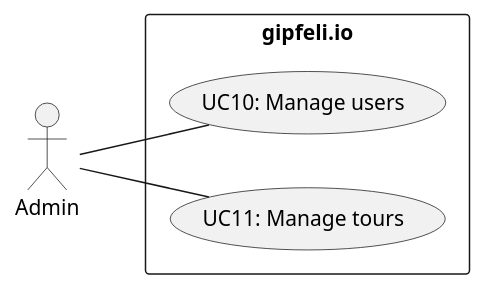
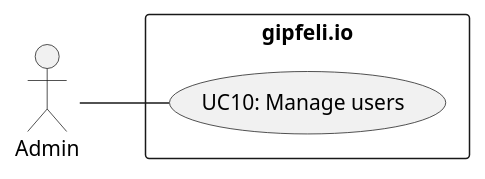
One commit to gipfeli-io/documentation changed the third of 3 diagrams in docs/design/use-cases.md. Above: the diagram before and after it, drawn with PlantUML. The commit also changed other lines of this file, not shown here.

````diff
--- a/docs/design/use-cases.md
+++ b/docs/design/use-cases.md
@@ -177,12 +215,10 @@
 ```plantuml Admin
 @startuml
 left to right direction
 actor "Admin" as a
 rectangle gipfeli.io {
   usecase "UC10: Manage users" as UC10
-  usecase "UC11: Manage tours" as UC11
 }
 a -- UC10
-a -- UC11
 @enduml
 ```
````
